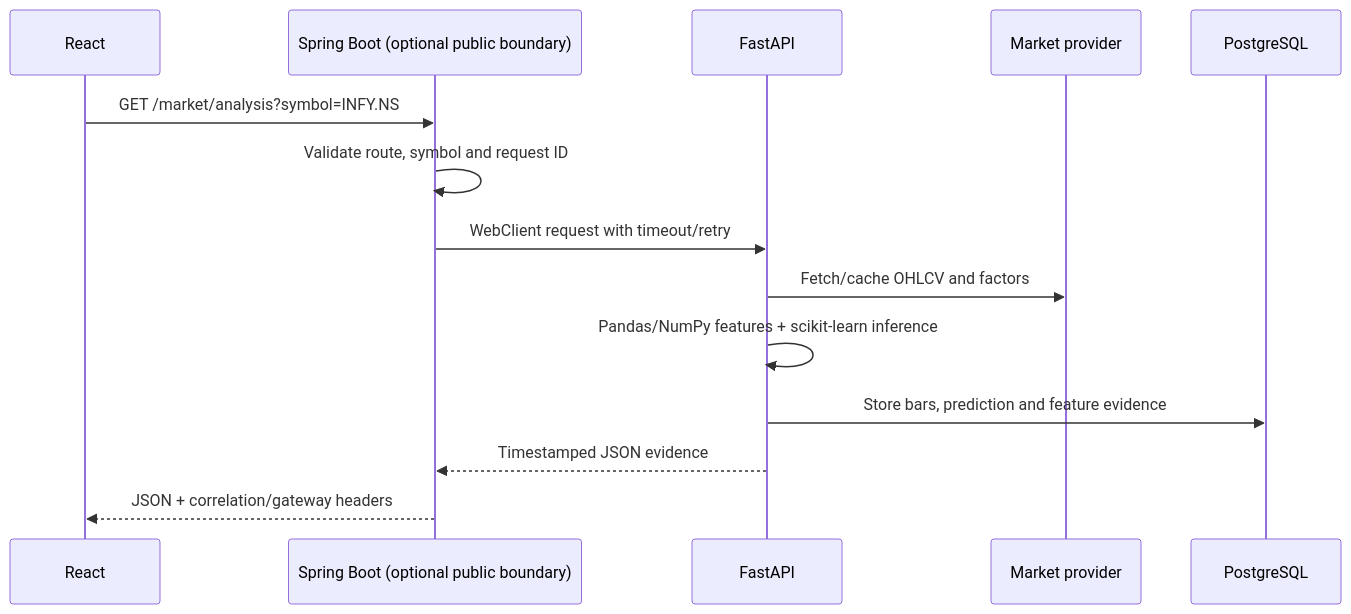
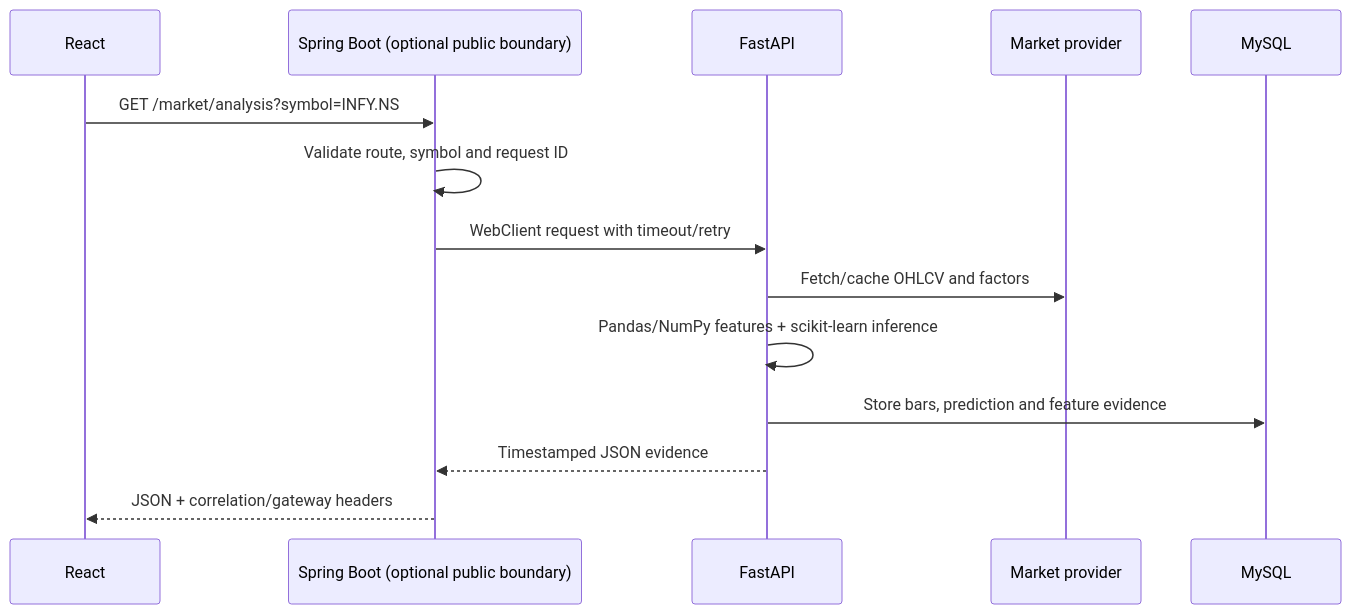
One commit to tausifalam6879/FinTrack_Market_Intelligence changed the second of 4 diagrams in docs/system-architecture.md. Above: the diagram before and after it, drawn with Mermaid. The commit also changed other lines of this file and 48 other files, not shown here.

````diff
--- a/docs/system-architecture.md
+++ b/docs/system-architecture.md
@@ -30,16 +30,16 @@
 ```mermaid
 sequenceDiagram
     participant UI as React
     participant GW as Spring Boot (optional public boundary)
     participant API as FastAPI
     participant P as Market provider
-    participant DB as PostgreSQL
+    participant DB as MySQL
     UI->>GW: GET /market/analysis?symbol=INFY.NS
     GW->>GW: Validate route, symbol and request ID
     GW->>API: WebClient request with timeout/retry
     API->>P: Fetch/cache OHLCV and factors
     API->>API: Pandas/NumPy features + scikit-learn inference
     API->>DB: Store bars, prediction and feature evidence
     API-->>GW: Timestamped JSON evidence
     GW-->>UI: JSON + correlation/gateway headers
 ```
````
